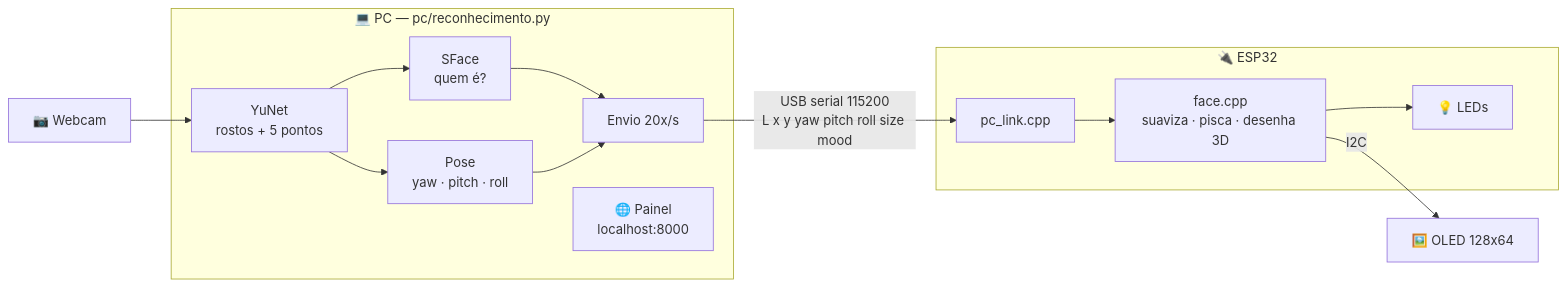
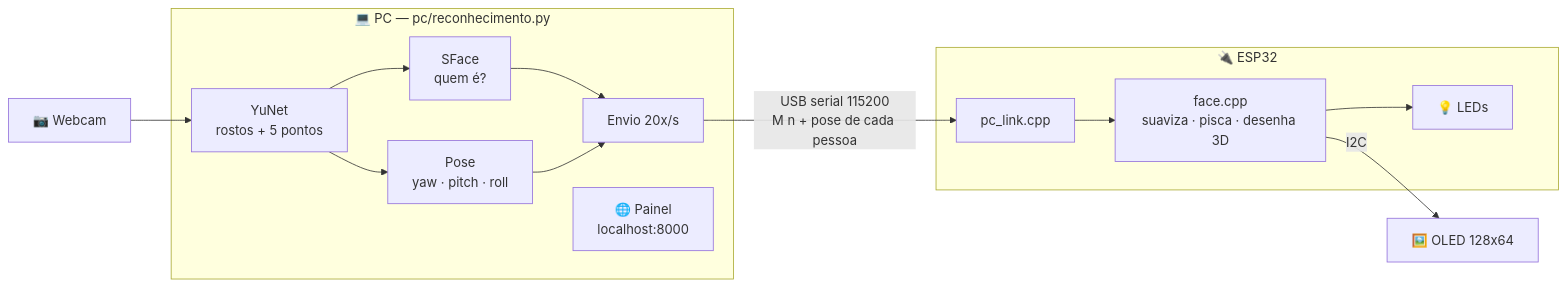
One commit to fernandomoreira/sistema_reconhecimento_facial changed the first of 2 diagrams in README.md. Above: the diagram before and after it, drawn with Mermaid. The commit also changed other lines of this file and 8 other files, not shown here.

````diff
--- a/README.md
+++ b/README.md
@@ -50,17 +50,17 @@
 ```mermaid
 flowchart LR
     CAM["📷 Webcam"] --> PY
     subgraph PC["💻 PC — pc/reconhecimento.py"]
         PY["YuNet<br/>rostos + 5 pontos"] --> REC["SFace<br/>quem é?"]
         PY --> POSE["Pose<br/>yaw · pitch · roll"]
         REC --> SEND["Envio 20x/s"]
         POSE --> SEND
         WEB["🌐 Painel<br/>localhost:8000"]
     end
-    SEND -- "USB serial 115200<br/>L x y yaw pitch roll size mood" --> ESP
+    SEND -- "USB serial 115200<br/>M n + pose de cada pessoa" --> ESP
     subgraph PLACA["🔌 ESP32"]
         ESP["pc_link.cpp"] --> FACE["face.cpp<br/>suaviza · pisca · desenha 3D"]
         FACE --> LED["💡 LEDs"]
     end
     FACE -- I2C --> OLED["🖼️ OLED 128x64"]
 ```
````
